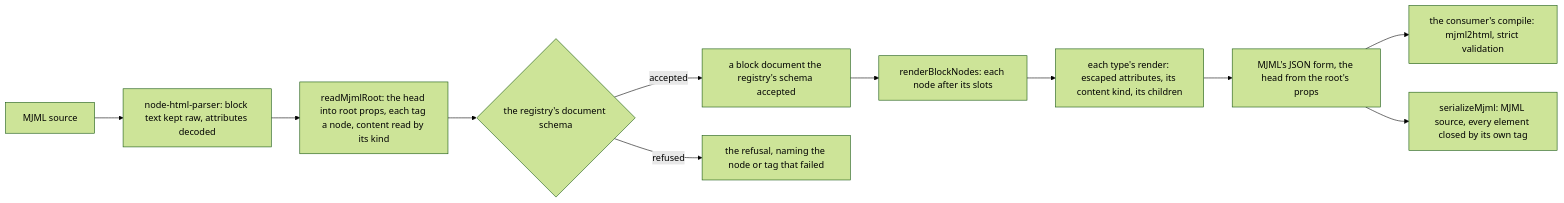
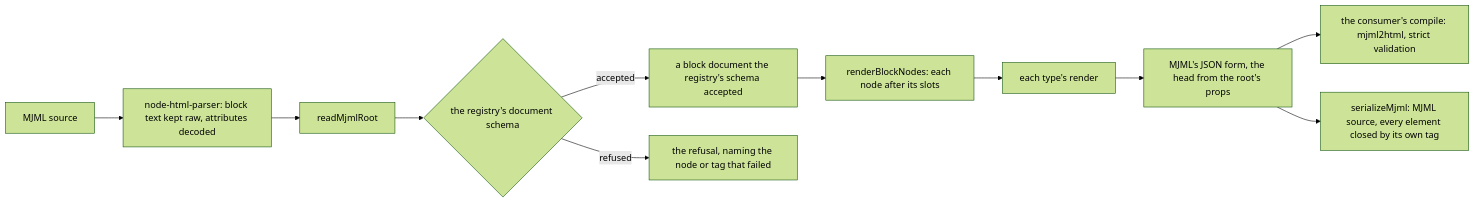
One commit to Esposter/Esposter changed the diagram in openspec/specs/mjml-blocks/README.md. Above: the diagram before and after it, drawn with Mermaid (forest theme). The commit also changed other lines of this file and 6 other files, not shown here.

````diff
--- a/openspec/specs/mjml-blocks/README.md
+++ b/openspec/specs/mjml-blocks/README.md
@@ -11,13 +11,13 @@
 ```mermaid
 flowchart LR
   DOC["a block document the registry's schema accepted"] --> FOLD["renderBlockNodes: each node after its slots"]
-  FOLD --> NODE["each type's render: escaped attributes, its content kind, its children"]
+  FOLD --> NODE["each type's render"]
   NODE --> JSON["MJML's JSON form, the head from the root's props"]
   JSON --> COMPILE["the consumer's compile: mjml2html, strict validation"]
   JSON --> SERIAL["serializeMjml: MJML source, every element closed by its own tag"]
   SOURCE["MJML source"] --> PARSE["node-html-parser: block text kept raw, attributes decoded"]
-  PARSE --> MAP["readMjmlRoot: the head into root props, each tag a node, content read by its kind"]
+  PARSE --> MAP["readMjmlRoot"]
   MAP --> SCHEMA{"the registry's document schema"}
   SCHEMA -->|accepted| DOC
   SCHEMA -->|refused| ERR["the refusal, naming the node or tag that failed"]
 ```
````
